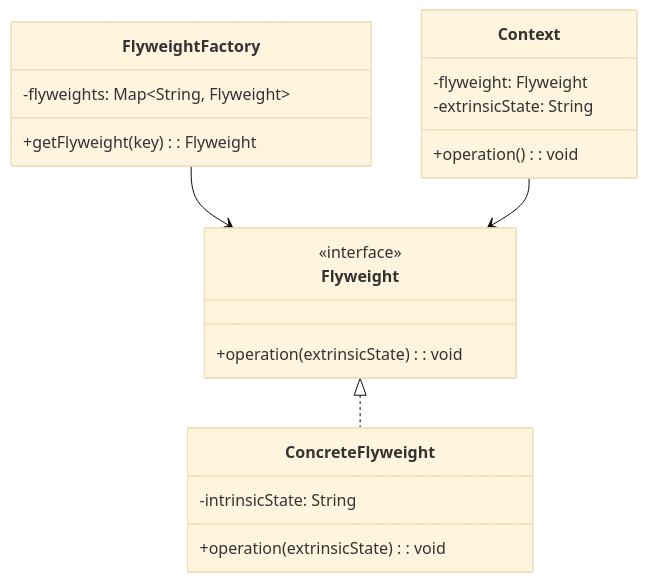
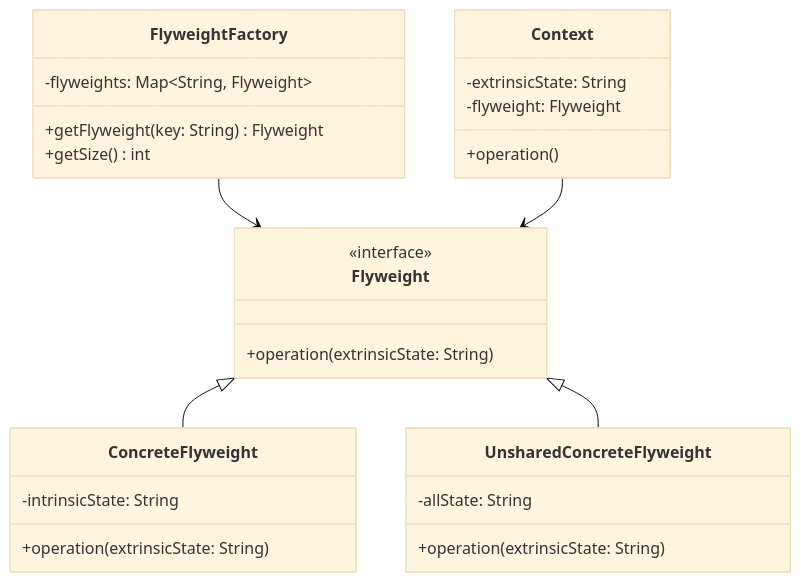
Before and after one commit to ANTHEM37/tool-box: the first of 2 diagrams in docs/design-patterns/structural/flyweight.md, drawn with Mermaid (base theme). The commit also changed other lines of this file and 29 other files, not shown here.

````diff
--- a/docs/design-patterns/structural/flyweight.md
+++ b/docs/design-patterns/structural/flyweight.md
@@ -18,27 +37,34 @@
 ```mermaid
 classDiagram
     class Flyweight {
         <<interface>>
-        +operation(extrinsicState): void
+        +operation(extrinsicState: String)
     }
-
+    
     class ConcreteFlyweight {
         -intrinsicState: String
-        +operation(extrinsicState): void
+        +operation(extrinsicState: String)
     }
-
+    
+    class UnsharedConcreteFlyweight {
+        -allState: String
+        +operation(extrinsicState: String)
+    }
+    
     class FlyweightFactory {
         -flyweights: Map~String, Flyweight~
-        +getFlyweight(key): Flyweight
+        +getFlyweight(key: String) Flyweight
+        +getSize() int
     }
-
+    
     class Context {
+        -extrinsicState: String
         -flyweight: Flyweight
-        -extrinsicState: String
-        +operation(): void
+        +operation()
     }
-
-    Flyweight <|.. ConcreteFlyweight
+    
+    Flyweight <|-- ConcreteFlyweight
+    Flyweight <|-- UnsharedConcreteFlyweight
     FlyweightFactory --> Flyweight
     Context --> Flyweight
 ```
````
